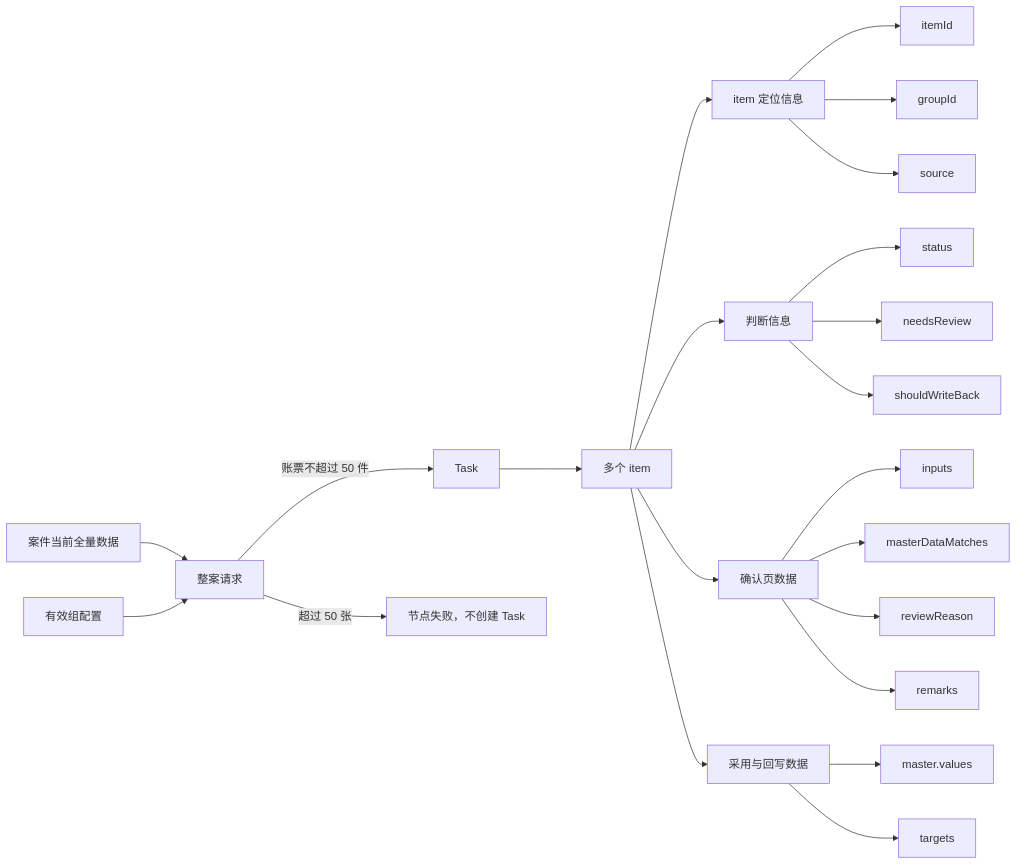
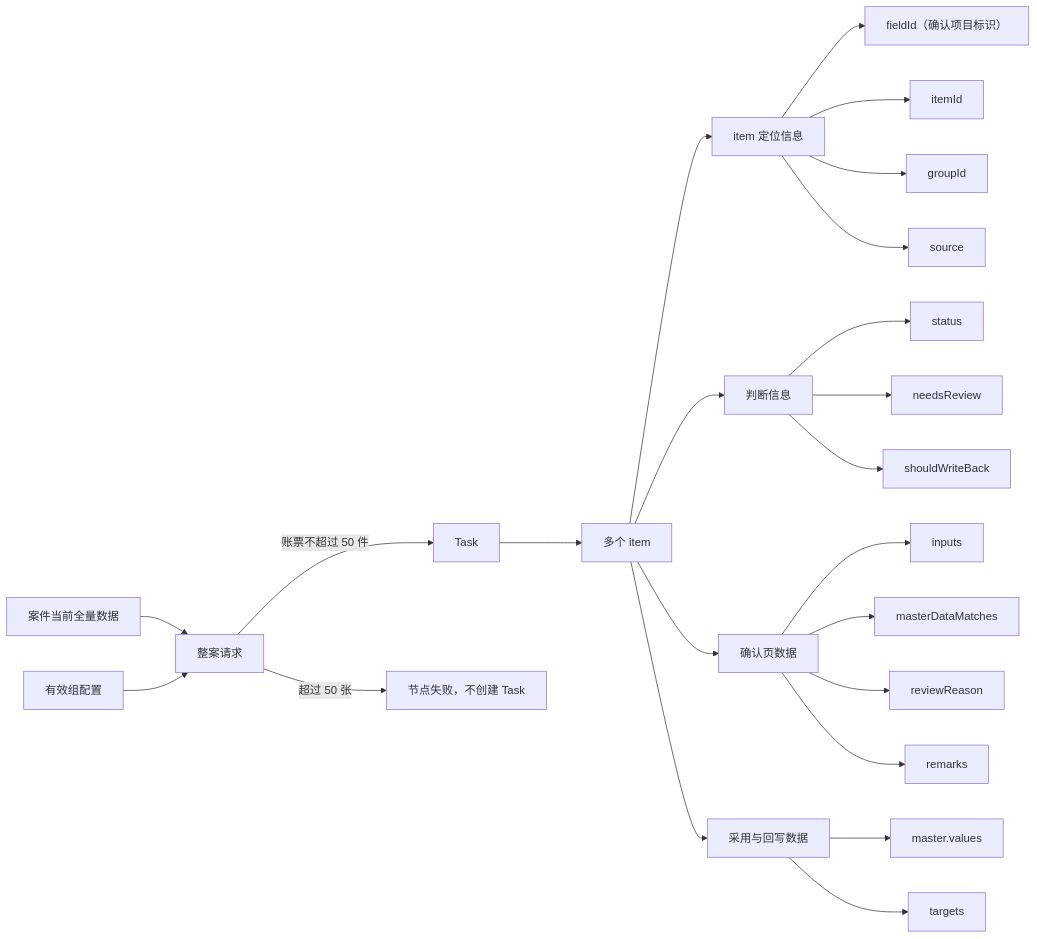
The first of 3 diagrams in PRD.zh-CN.md (aruirage/IDP-Ph4-Master-Demo-PRD), drawn with Mermaid before and after one commit. The commit also changed other lines of this file and 7 other files, not shown here.

````diff
--- a/PRD.zh-CN.md
+++ b/PRD.zh-CN.md
@@ -103,27 +103,28 @@
 ```mermaid
 flowchart LR
     n1["案件当前全量数据"] --> n3["整案请求"]
     n2["有效组配置"] --> n3
     n3 -->|账票不超过 50 件| n4["Task"]
     n3 -->|超过 50 张| n13["节点失败，不创建 Task"]
     n4 --> n5["多个 item"]
     n5 --> n6["item 定位信息"]
+    n6 --> n60["fieldId（确认项目标识）"]
     n6 --> n61["itemId"]
     n6 --> n62["groupId"]
     n6 --> n63["source"]
 
     n5 --> n7["判断信息"]
     n7 --> n71["status"]
     n7 --> n72["needsReview"]
     n7 --> n73["shouldWriteBack"]
 
     n5 --> n8["确认页数据"]
     n8 --> n81["inputs"]
     n8 --> n82["masterDataMatches"]
     n8 --> n83["reviewReason"]
     n8 --> n84["remarks"]
 
     n5 --> n9["采用与回写数据"]
     n9 --> n91["master.values"]
     n9 --> n92["targets"]
 ```
````
